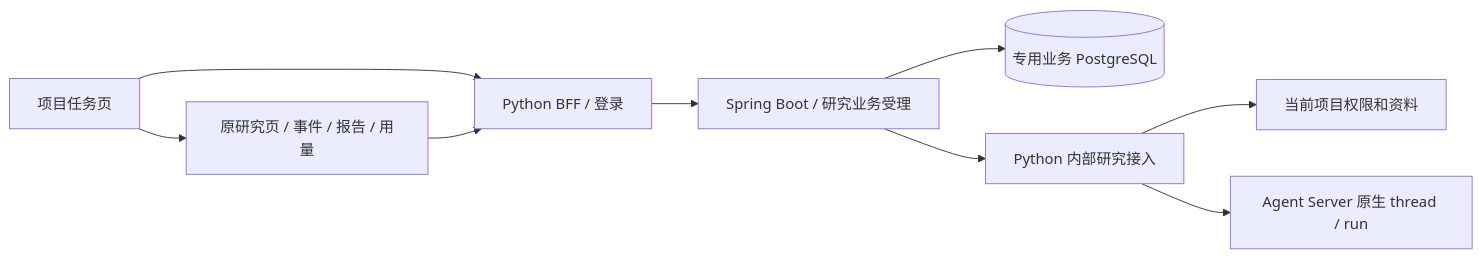
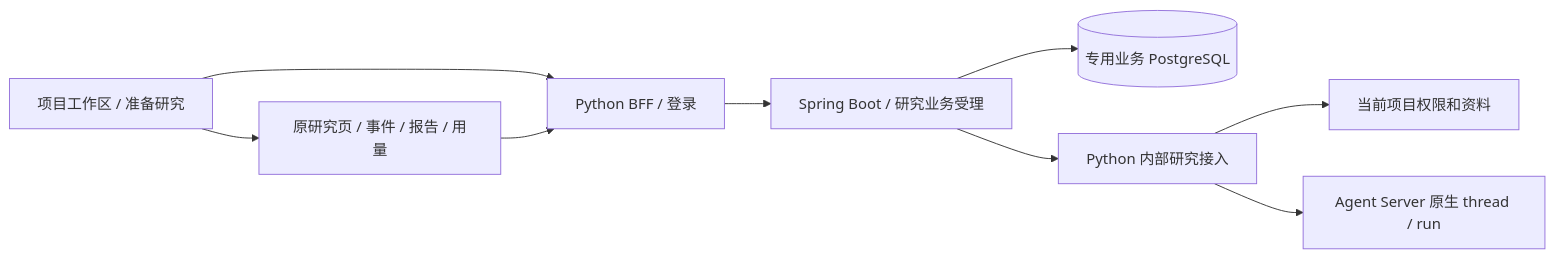
One commit to William-Huang274/FIN_Insight_Agent changed the diagram in docs/engineering/java_research_intake.zh-CN.md. Above: the diagram before and after it, drawn with Mermaid. The commit also changed other lines of this file and 30 other files, not shown here.

````diff
--- a/docs/engineering/java_research_intake.zh-CN.md
+++ b/docs/engineering/java_research_intake.zh-CN.md
@@ -7,11 +7,11 @@
 ```mermaid
 flowchart LR
-  UI[项目任务页] --> BFF[Python BFF / 登录]
+  UI[项目工作区 / 准备研究] --> BFF[Python BFF / 登录]
   BFF --> Java[Spring Boot / 研究业务受理]
   Java --> PG[(专用业务 PostgreSQL)]
   Java --> Intake[Python 内部研究接入]
   Intake --> Projects[当前项目权限和资料]
   Intake --> Native[Agent Server 原生 thread / run]
   UI --> Original[原研究页 / 事件 / 报告 / 用量]
   Original --> BFF
 ```
````
